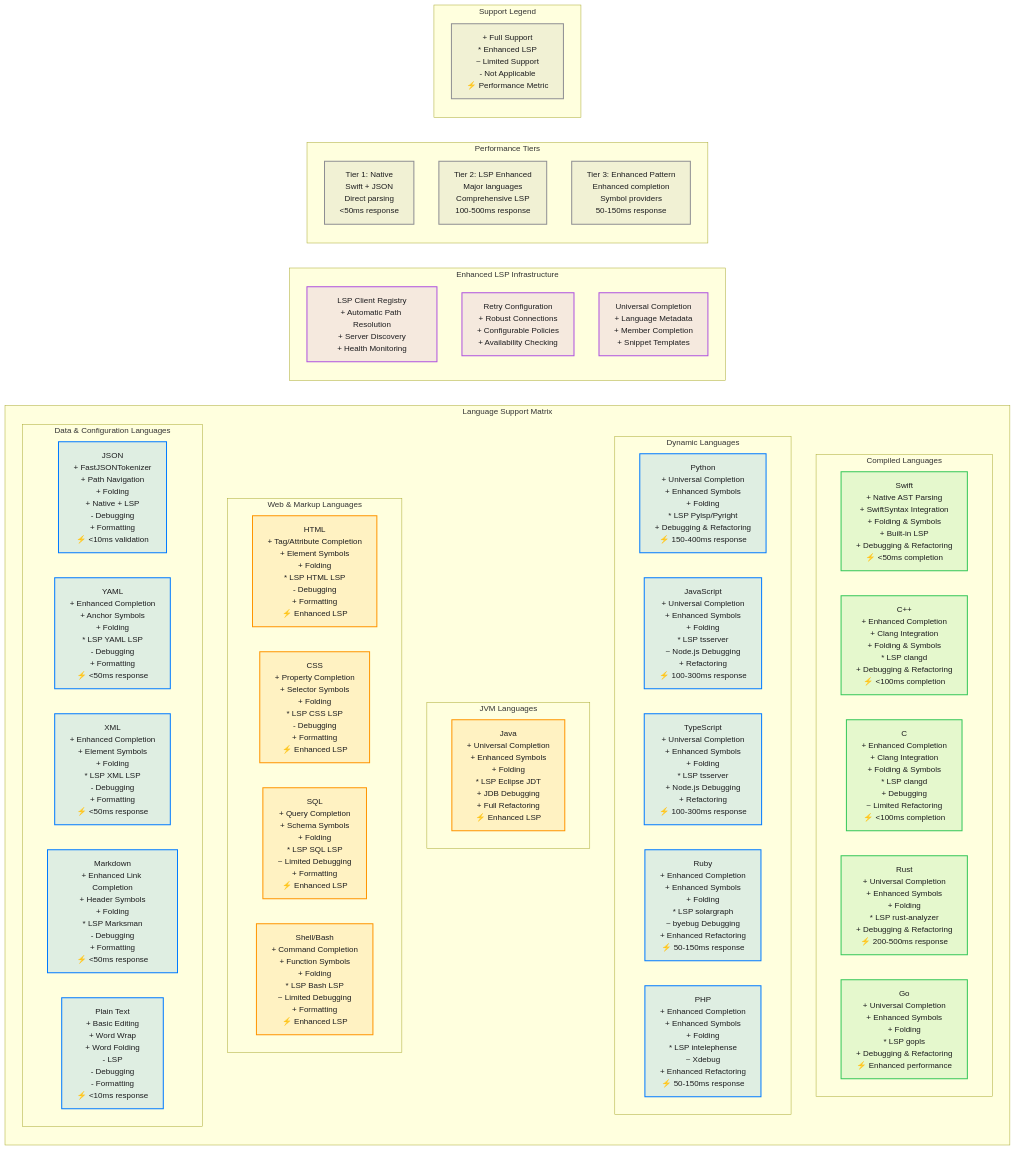
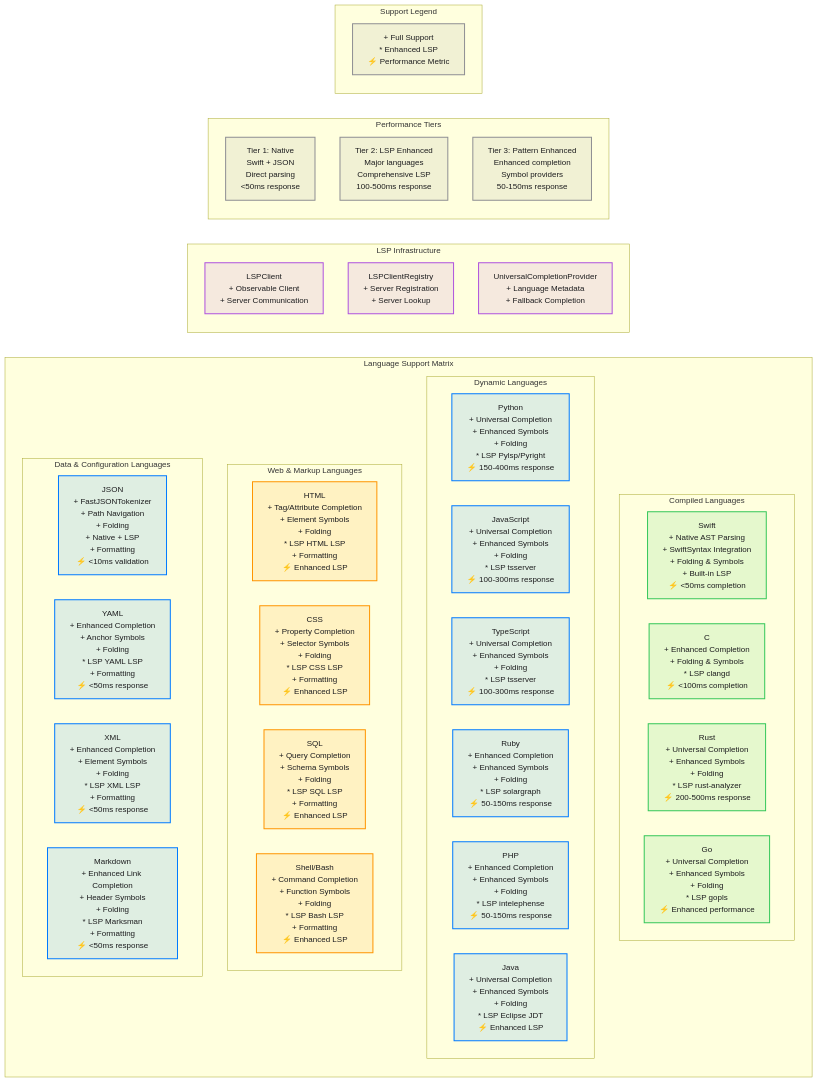
Before and after one commit to ajmcclary/CodeEditorKit: the first of 2 diagrams in Diagrams/23-multi-language-support-matrix.md, drawn with Mermaid. The commit also changed other lines of this file and 12 other files, not shown here.

First line of the commit message:
Update package dependencies and architecture diagrams for CodeEditorPlugin

```diff
--- a/Diagrams/23-multi-language-support-matrix.md
+++ b/Diagrams/23-multi-language-support-matrix.md
@@ -6,61 +6,55 @@
 flowchart LR
     subgraph "Language Support Matrix"
         subgraph "Compiled Languages"
-            SWIFT[Swift<br/>+ Native AST Parsing<br/>+ SwiftSyntax Integration<br/>+ Folding & Symbols<br/>+ Built-in LSP<br/>+ Debugging & Refactoring<br/>⚡ <50ms completion]
-            CPP[C++<br/>+ Enhanced Completion<br/>+ Clang Integration<br/>+ Folding & Symbols<br/>* LSP clangd<br/>+ Debugging & Refactoring<br/>⚡ <100ms completion]
-            C[C<br/>+ Enhanced Completion<br/>+ Clang Integration<br/>+ Folding & Symbols<br/>* LSP clangd<br/>+ Debugging<br/>~ Limited Refactoring<br/>⚡ <100ms completion]
-            RUST[Rust<br/>+ Universal Completion<br/>+ Enhanced Symbols<br/>+ Folding<br/>* LSP rust-analyzer<br/>+ Debugging & Refactoring<br/>⚡ 200-500ms response]
-            GO[Go<br/>+ Universal Completion<br/>+ Enhanced Symbols<br/>+ Folding<br/>* LSP gopls<br/>+ Debugging & Refactoring<br/>⚡ Enhanced performance]
+            SWIFT[Swift<br/>+ Native AST Parsing<br/>+ SwiftSyntax Integration<br/>+ Folding & Symbols<br/>+ Built-in LSP<br/>⚡ <50ms completion]
+            C[C<br/>+ Enhanced Completion<br/>+ Folding & Symbols<br/>* LSP clangd<br/>⚡ <100ms completion]
+            RUST[Rust<br/>+ Universal Completion<br/>+ Enhanced Symbols<br/>+ Folding<br/>* LSP rust-analyzer<br/>⚡ 200-500ms response]
+            GO[Go<br/>+ Universal Completion<br/>+ Enhanced Symbols<br/>+ Folding<br/>* LSP gopls<br/>⚡ Enhanced performance]
         end
 
         subgraph "Dynamic Languages"
-            PYTHON[Python<br/>+ Universal Completion<br/>+ Enhanced Symbols<br/>+ Folding<br/>* LSP Pylsp/Pyright<br/>+ Debugging & Refactoring<br/>⚡ 150-400ms response]
-            JS[JavaScript<br/>+ Universal Completion<br/>+ Enhanced Symbols<br/>+ Folding<br/>* LSP tsserver<br/>~ Node.js Debugging<br/>+ Refactoring<br/>⚡ 100-300ms response]
-            TS[TypeScript<br/>+ Universal Completion<br/>+ Enhanced Symbols<br/>+ Folding<br/>* LSP tsserver<br/>+ Node.js Debugging<br/>+ Refactoring<br/>⚡ 100-300ms response]
-            RUBY[Ruby<br/>+ Enhanced Completion<br/>+ Enhanced Symbols<br/>+ Folding<br/>* LSP solargraph<br/>~ byebug Debugging<br/>+ Enhanced Refactoring<br/>⚡ 50-150ms response]
-            PHP[PHP<br/>+ Enhanced Completion<br/>+ Enhanced Symbols<br/>+ Folding<br/>* LSP intelephense<br/>~ Xdebug<br/>+ Enhanced Refactoring<br/>⚡ 50-150ms response]
-        end
-
-        subgraph "JVM Languages"
-            JAVA[Java<br/>+ Universal Completion<br/>+ Enhanced Symbols<br/>+ Folding<br/>* LSP Eclipse JDT<br/>+ JDB Debugging<br/>+ Full Refactoring<br/>⚡ Enhanced LSP]
+            PYTHON[Python<br/>+ Universal Completion<br/>+ Enhanced Symbols<br/>+ Folding<br/>* LSP Pylsp/Pyright<br/>⚡ 150-400ms response]
+            JS[JavaScript<br/>+ Universal Completion<br/>+ Enhanced Symbols<br/>+ Folding<br/>* LSP tsserver<br/>⚡ 100-300ms response]
+            TS[TypeScript<br/>+ Universal Completion<br/>+ Enhanced Symbols<br/>+ Folding<br/>* LSP tsserver<br/>⚡ 100-300ms response]
+            RUBY[Ruby<br/>+ Enhanced Completion<br/>+ Enhanced Symbols<br/>+ Folding<br/>* LSP solargraph<br/>⚡ 50-150ms response]
+            PHP[PHP<br/>+ Enhanced Completion<br/>+ Enhanced Symbols<br/>+ Folding<br/>* LSP intelephense<br/>⚡ 50-150ms response]
+            JAVA[Java<br/>+ Universal Completion<br/>+ Enhanced Symbols<br/>+ Folding<br/>* LSP Eclipse JDT<br/>⚡ Enhanced LSP]
         end
 
         subgraph "Web & Markup Languages"
-            HTML[HTML<br/>+ Tag/Attribute Completion<br/>+ Element Symbols<br/>+ Folding<br/>* LSP HTML LSP<br/>- Debugging<br/>+ Formatting<br/>⚡ Enhanced LSP]
-            CSS[CSS<br/>+ Property Completion<br/>+ Selector Symbols<br/>+ Folding<br/>* LSP CSS LSP<br/>- Debugging<br/>+ Formatting<br/>⚡ Enhanced LSP]
-            SQL[SQL<br/>+ Query Completion<br/>+ Schema Symbols<br/>+ Folding<br/>* LSP SQL LSP<br/>~ Limited Debugging<br/>+ Formatting<br/>⚡ Enhanced LSP]
-            SHELL[Shell/Bash<br/>+ Command Completion<br/>+ Function Symbols<br/>+ Folding<br/>* LSP Bash LSP<br/>~ Limited Debugging<br/>+ Formatting<br/>⚡ Enhanced LSP]
+            HTML[HTML<br/>+ Tag/Attribute Completion<br/>+ Element Symbols<br/>+ Folding<br/>* LSP HTML LSP<br/>+ Formatting<br/>⚡ Enhanced LSP]
+            CSS[CSS<br/>+ Property Completion<br/>+ Selector Symbols<br/>+ Folding<br/>* LSP CSS LSP<br/>+ Formatting<br/>⚡ Enhanced LSP]
+            SQL[SQL<br/>+ Query Completion<br/>+ Schema Symbols<br/>+ Folding<br/>* LSP SQL LSP<br/>+ Formatting<br/>⚡ Enhanced LSP]
+            SHELL[Shell/Bash<br/>+ Command Completion<br/>+ Function Symbols<br/>+ Folding<br/>* LSP Bash LSP<br/>+ Formatting<br/>⚡ Enhanced LSP]
         end
 
         subgraph "Data & Configuration Languages"
-            JSON[JSON<br/>+ FastJSONTokenizer<br/>+ Path Navigation<br/>+ Folding<br/>+ Native + LSP<br/>- Debugging<br/>+ Formatting<br/>⚡ <10ms validation]
-            YAML[YAML<br/>+ Enhanced Completion<br/>+ Anchor Symbols<br/>+ Folding<br/>* LSP YAML LSP<br/>- Debugging<br/>+ Formatting<br/>⚡ <50ms response]
-            XML[XML<br/>+ Enhanced Completion<br/>+ Element Symbols<br/>+ Folding<br/>* LSP XML LSP<br/>- Debugging<br/>+ Formatting<br/>⚡ <50ms response]
-            MD[Markdown<br/>+ Enhanced Link Completion<br/>+ Header Symbols<br/>+ Folding<br/>* LSP Marksman<br/>- Debugging<br/>+ Formatting<br/>⚡ <50ms response]
-            PLAIN[Plain Text<br/>+ Basic Editing<br/>+ Word Wrap<br/>+ Word Folding<br/>- LSP<br/>- Debugging<br/>- Formatting<br/>⚡ <10ms response]
+            JSON[JSON<br/>+ FastJSONTokenizer<br/>+ Path Navigation<br/>+ Folding<br/>+ Native + LSP<br/>+ Formatting<br/>⚡ <10ms validation]
+            YAML[YAML<br/>+ Enhanced Completion<br/>+ Anchor Symbols<br/>+ Folding<br/>* LSP YAML LSP<br/>+ Formatting<br/>⚡ <50ms response]
+            XML[XML<br/>+ Enhanced Completion<br/>+ Element Symbols<br/>+ Folding<br/>* LSP XML LSP<br/>+ Formatting<br/>⚡ <50ms response]
+            MD[Markdown<br/>+ Enhanced Link Completion<br/>+ Header Symbols<br/>+ Folding<br/>* LSP Marksman<br/>+ Formatting<br/>⚡ <50ms response]
         end
     end
 
-    subgraph "Enhanced LSP Infrastructure"
-        LSP_REGISTRY[LSP Client Registry<br/>+ Automatic Path Resolution<br/>+ Server Discovery<br/>+ Health Monitoring]
-        RETRY_CONFIG[Retry Configuration<br/>+ Robust Connections<br/>+ Configurable Policies<br/>+ Availability Checking]
-        UNIVERSAL_COMPLETION[Universal Completion<br/>+ Language Metadata<br/>+ Member Completion<br/>+ Snippet Templates]
+    subgraph "LSP Infrastructure"
+        LSP_CLIENT[LSPClient<br/>+ Observable Client<br/>+ Server Communication]
+        LSP_REGISTRY[LSPClientRegistry<br/>+ Server Registration<br/>+ Server Lookup]
+        UNIVERSAL_COMPLETION[UniversalCompletionProvider<br/>+ Language Metadata<br/>+ Fallback Completion]
     end
 
     subgraph "Performance Tiers"
         TIER1[Tier 1: Native<br/>Swift + JSON<br/>Direct parsing<br/><50ms response]
         TIER2[Tier 2: LSP Enhanced<br/>Major languages<br/>Comprehensive LSP<br/>100-500ms response]
-        TIER3[Tier 3: Enhanced Pattern<br/>Enhanced completion<br/>Symbol providers<br/>50-150ms response]
+        TIER3[Tier 3: Pattern Enhanced<br/>Enhanced completion<br/>Symbol providers<br/>50-150ms response]
     end
 
     subgraph "Support Legend"
-        LEGEND[+ Full Support<br/>* Enhanced LSP<br/>~ Limited Support<br/>- Not Applicable<br/>⚡ Performance Metric]
+        LEGEND[+ Full Support<br/>* Enhanced LSP<br/>⚡ Performance Metric]
     end
 
     %% Styling - Dark mode friendly colors
     classDef compiled fill:#34C75920,stroke:#34C759,stroke-width:2px,color:#1D1D1F
     classDef dynamic fill:#007AFF20,stroke:#007AFF,stroke-width:2px,color:#1D1D1F
-    classDef jvm fill:#FF950020,stroke:#FF9500,stroke-width:2px,color:#1D1D1F
     classDef web fill:#FF950020,stroke:#FF9500,stroke-width:2px,color:#1D1D1F
     classDef data fill:#007AFF20,stroke:#007AFF,stroke-width:2px,color:#1D1D1F
     classDef infrastructure fill:#AF52DE20,stroke:#AF52DE,stroke-width:2px,color:#1D1D1F
@@ -68,7 +62,6 @@
     classDef legend fill:#8E8E9320,stroke:#8E8E93,stroke-width:2px,color:#1D1D1F
 
     class SWIFT compiled
-    class CPP compiled
     class C compiled
     class RUST compiled
     class GO compiled
@@ -77,7 +70,7 @@
     class TS dynamic
     class RUBY dynamic
     class PHP dynamic
-    class JAVA jvm
+    class JAVA dynamic
     class HTML web
     class CSS web
     class SQL web
@@ -86,9 +79,8 @@
     class YAML data
     class XML data
     class MD data
-    class PLAIN data
+    class LSP_CLIENT infrastructure
     class LSP_REGISTRY infrastructure
-    class RETRY_CONFIG infrastructure
     class UNIVERSAL_COMPLETION infrastructure
     class TIER1 performance
     class TIER2 performance
```
